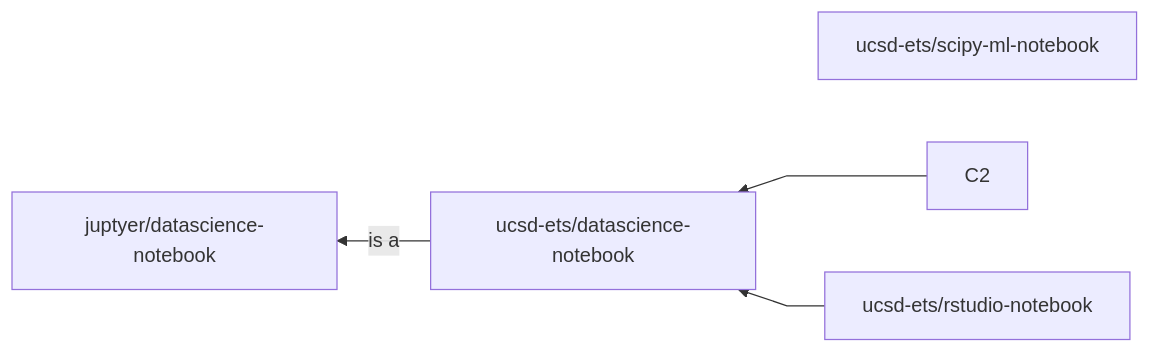
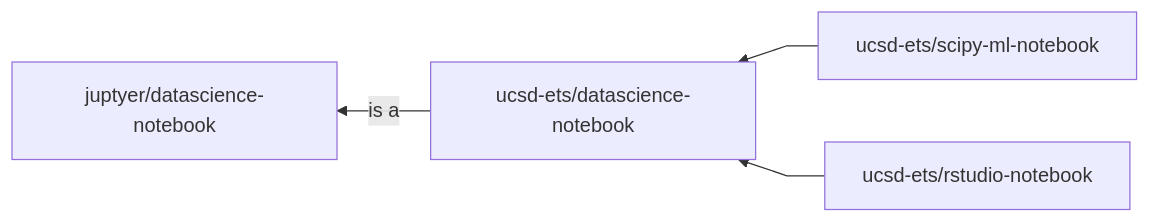
The diagram in README.md (ucsd-ets/datahub-docker-stack), drawn with Mermaid before and after one commit.

Commit message:
Fixed readme diagram

````diff
--- a/README.md
+++ b/README.md
@@ -14,15 +14,15 @@
 ```mermaid {code_block=true}
 %%{ init: { 'flowchart': { 'curve': 'linear' } } }%%
 
 flowchart RL
     A[juptyer/datascience-notebook]
 
     B[ucsd-ets/datascience-notebook]
     B --> |is a| A
     
-    C3[ucsd-ets/scipy-ml-notebook]
+    C2[ucsd-ets/scipy-ml-notebook]
     C2 --> B
 
     C1[ucsd-ets/rstudio-notebook]
     C1 --> B
 ```
````
